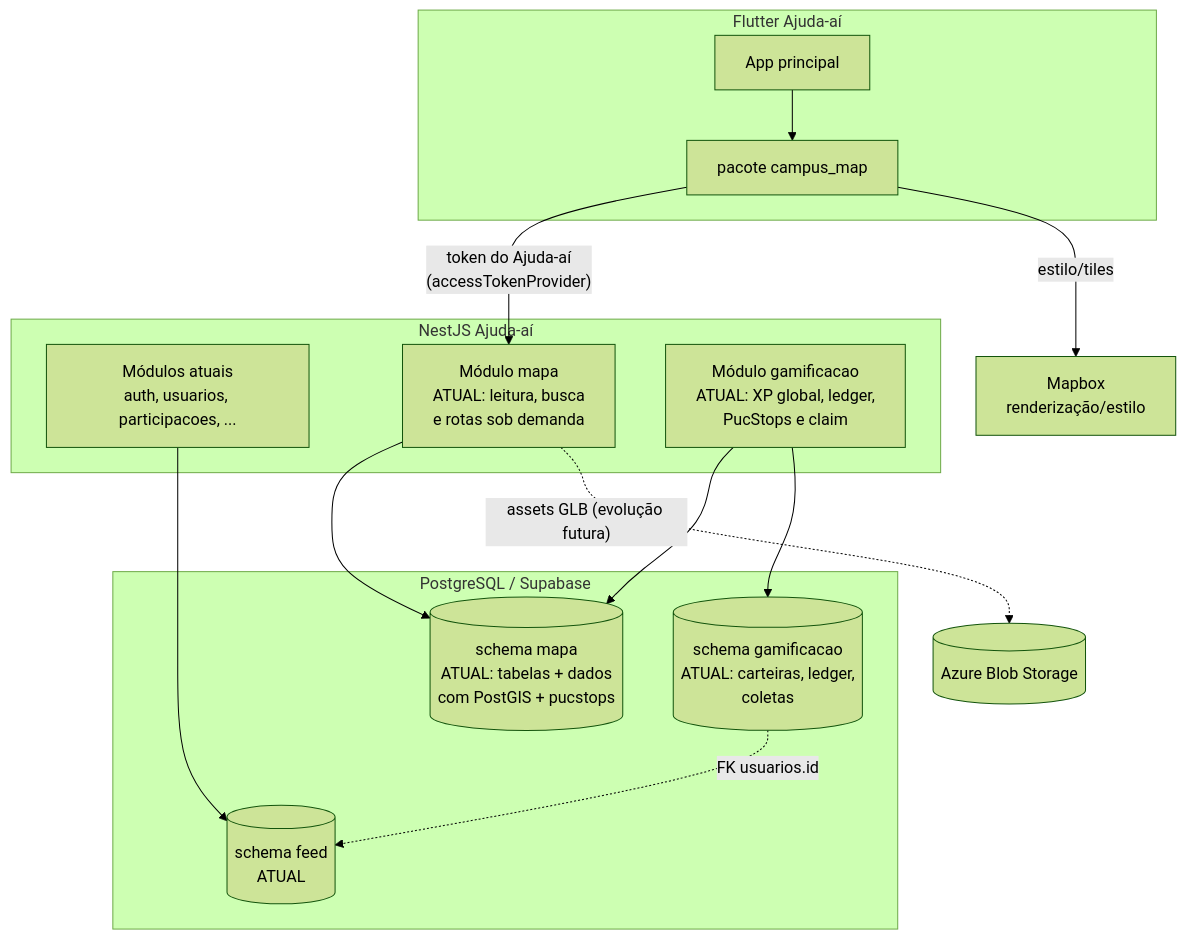
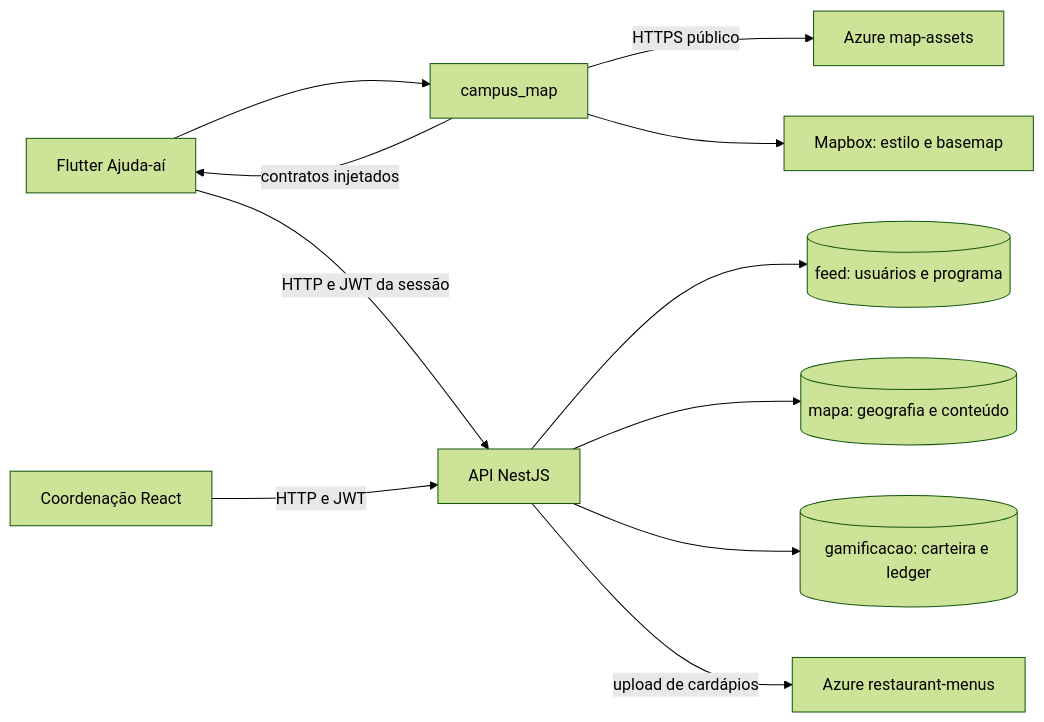
One commit to ICEI-PUC-Minas-PMGES-TI/pmg-es-2026-2-ti5-6904100-ajuda-ai changed the diagram in docs/tecnico/arquitetura.md. Above: the diagram before and after it, drawn with Mermaid (forest theme). The commit also changed other lines of this file and 63 other files, not shown here.

First line of the commit message:
feat(map): finaliza integração do PUCMaps no Ajuda-aí

````diff
--- a/docs/tecnico/arquitetura.md
+++ b/docs/tecnico/arquitetura.md
@@ -57,32 +7,13 @@
 ```mermaid
-flowchart TB
-    subgraph Mobile[Flutter Ajuda-aí]
-        App[App principal]
-        Pkg[pacote campus_map]
-        App --> Pkg
-    end
-
-    subgraph Backend[NestJS Ajuda-aí]
-        Core[Módulos atuais\nauth, usuarios, participacoes, ...]
-        MapaMod[Módulo mapa\nATUAL: leitura, busca\ne rotas sob demanda]
-        XPMod[Módulo gamificacao\nATUAL: XP global, ledger,\nPucStops e claim]
-    end
-
-    subgraph DB[PostgreSQL / Supabase]
-        FeedSchema[(schema feed\nATUAL)]
-        MapaSchema[(schema mapa\nATUAL: tabelas + dados\ncom PostGIS + pucstops)]
-        GamSchema[(schema gamificacao\nATUAL: carteiras, ledger,\ncoletas)]
-    end
-
-    Azure[(Azure Blob Storage)]
-    MapboxSvc[Mapbox\nrenderização/estilo]
-
-    Pkg -- "token do Ajuda-aí\n(accessTokenProvider)" --> MapaMod
-    Pkg -- "estilo/tiles" --> MapboxSvc
-    Core --> FeedSchema
-    MapaMod --> MapaSchema
-    XPMod --> MapaSchema
-    XPMod --> GamSchema
-    GamSchema -. "FK usuarios.id" .-> FeedSchema
-    MapaMod -. "assets GLB (evolução futura)" .-> Azure
+flowchart LR
+    App[Flutter Ajuda-aí] --> Pkg[campus_map]
+    App -->|HTTP e JWT da sessão| API[API NestJS]
+    Pkg -->|contratos injetados| App
+    Coord[Coordenação React] -->|HTTP e JWT| API
+    API --> Feed[(feed: usuários e programa)]
+    API --> Mapa[(mapa: geografia e conteúdo)]
+    API --> XP[(gamificacao: carteira e ledger)]
+    API -->|upload de cardápios| Menus[Azure restaurant-menus]
+    Pkg -->|HTTPS público| Assets[Azure map-assets]
+    Pkg --> Mapbox[Mapbox: estilo e basemap]
 ```
````
